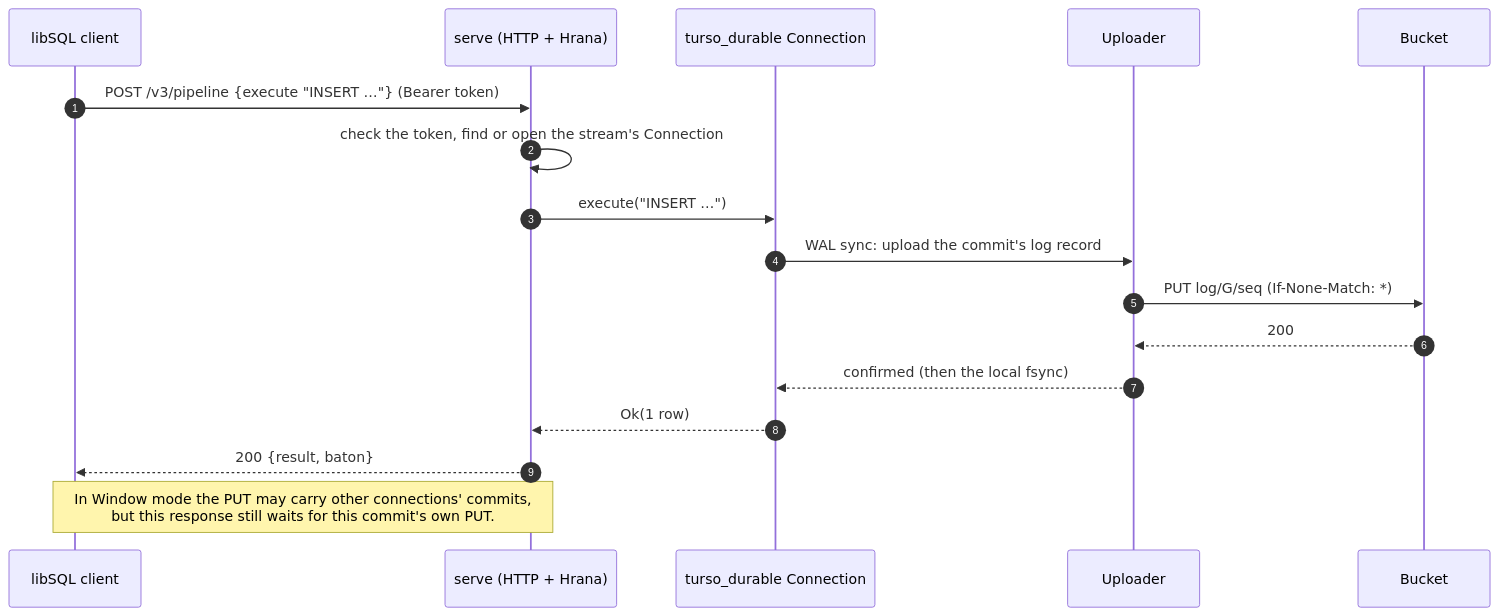
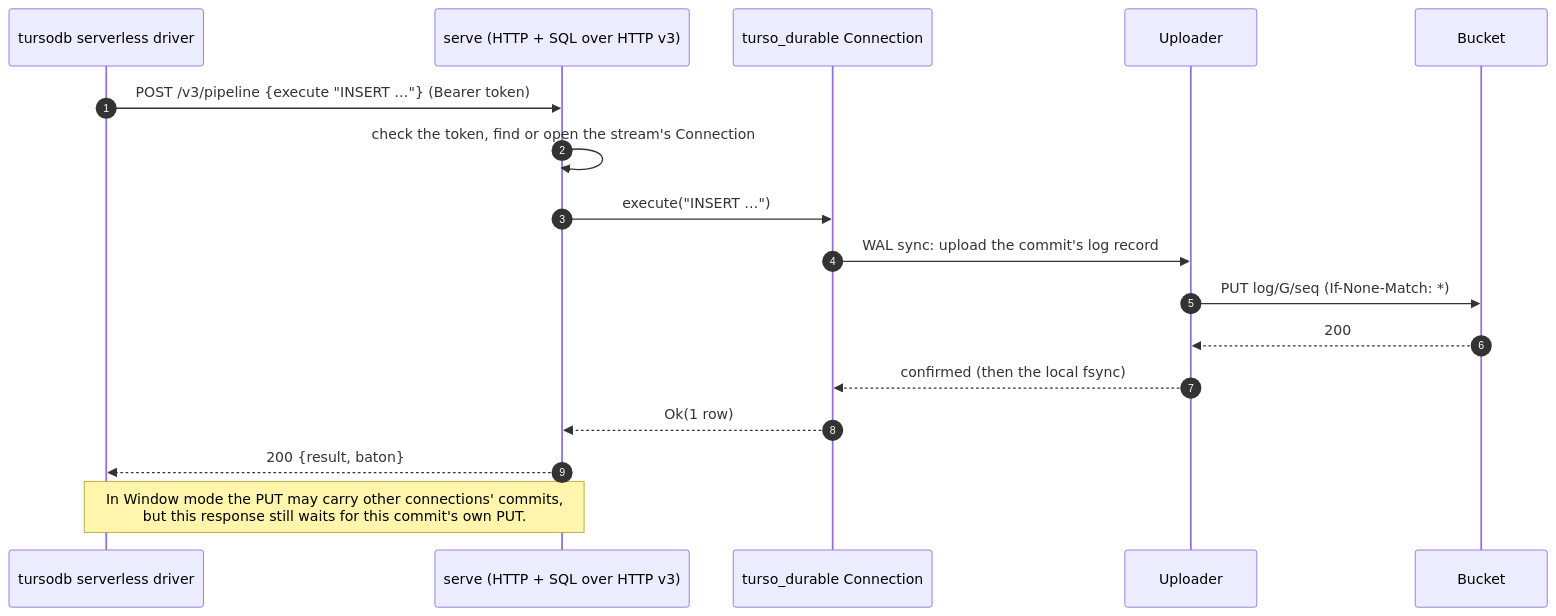
The second of 3 diagrams in README.md (kahgeh/buckwal), drawn with Mermaid before and after one commit. The commit also changed other lines of this file and 12 other files, not shown here.

Commit message:
Docs: tursodb SQL over HTTP v3, clients run and not run

````diff
--- a/README.md
+++ b/README.md
@@ -469,19 +481,19 @@
 ```mermaid
 sequenceDiagram
   autonumber
-  participant C as libSQL client
-  participant S as serve (HTTP + Hrana)
+  participant C as tursodb serverless driver
+  participant S as serve (HTTP + SQL over HTTP v3)
   participant Conn as turso_durable Connection
   participant Up as Uploader
   participant B as Bucket
   C->>S: POST /v3/pipeline {execute "INSERT …"} (Bearer token)
   S->>S: check the token, find or open the stream's Connection
   S->>Conn: execute("INSERT …")
   Conn->>Up: WAL sync: upload the commit's log record
   Up->>B: PUT log/G/seq (If-None-Match: *)
   B-->>Up: 200
   Up-->>Conn: confirmed (then the local fsync)
   Conn-->>S: Ok(1 row)
   S-->>C: 200 {result, baton}
   Note over C,S: In Window mode the PUT may carry other connections' commits,<br/>but this response still waits for this commit's own PUT.
 ```
````
